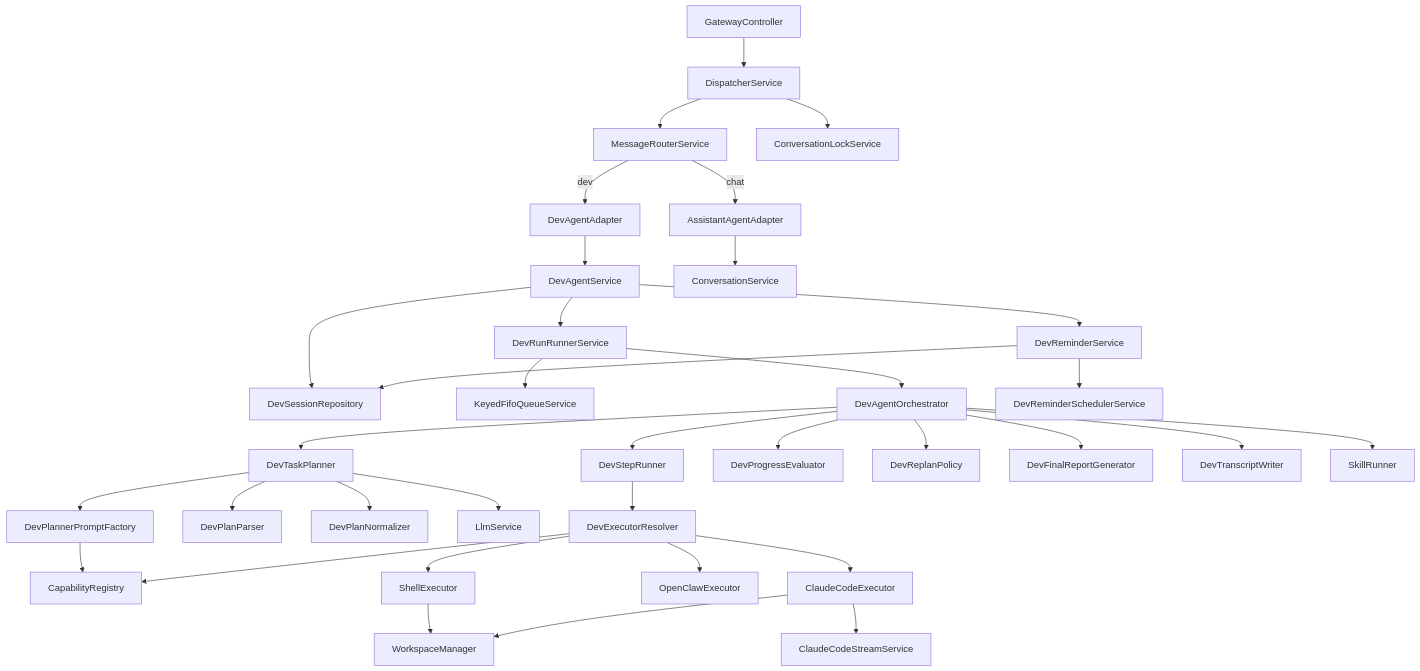
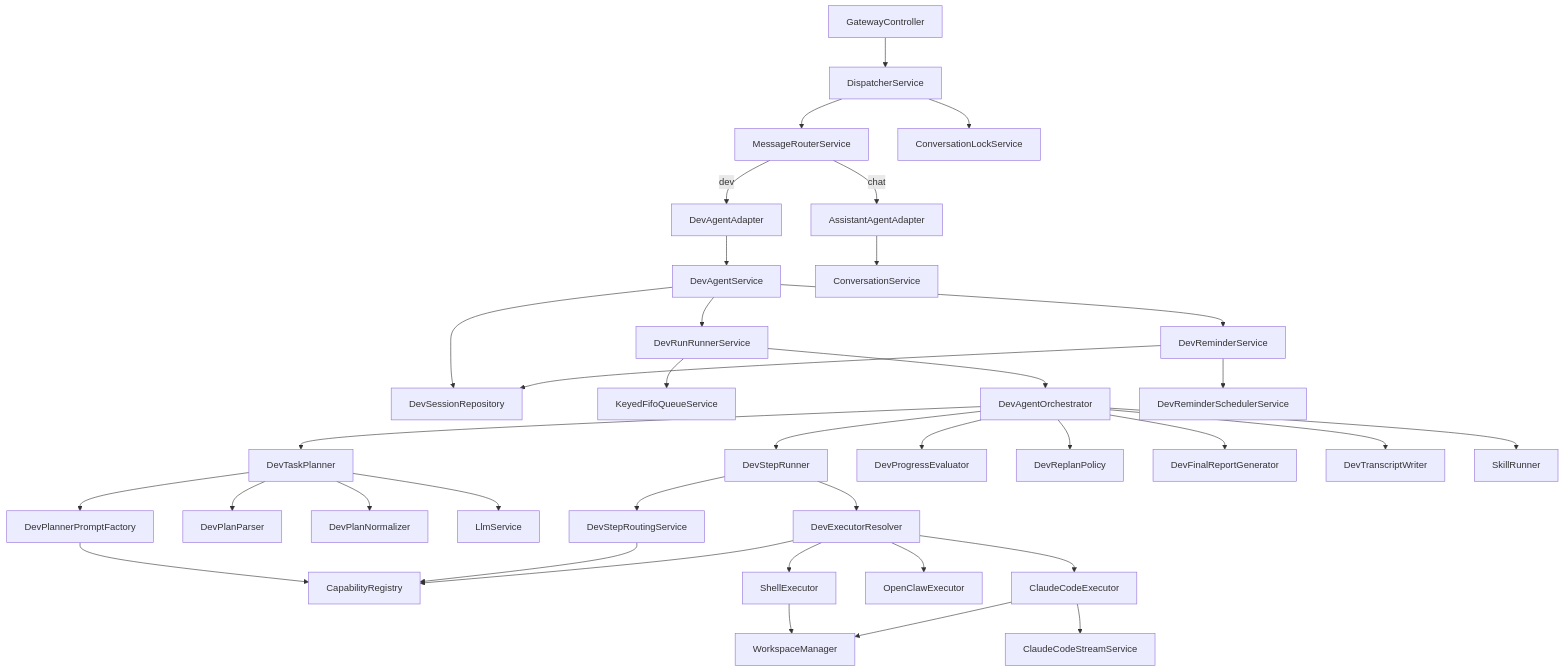
The first of 3 diagrams in docs/dev-agent-architecture.md (xuhailin/xiaoqing), drawn with Mermaid before and after one commit. The commit also changed other lines of this file and 22 other files, not shown here.

````diff
--- a/docs/dev-agent-architecture.md
+++ b/docs/dev-agent-architecture.md
@@ -34,45 +34,47 @@
 ```mermaid
 flowchart TD
   A[GatewayController] --> B[DispatcherService]
   B --> C[MessageRouterService]
   B --> D[ConversationLockService]
 
   C -->|dev| E[DevAgentAdapter]
   C -->|chat| F[AssistantAgentAdapter]
 
   E --> G[DevAgentService]
   F --> H[ConversationService]
 
   G --> I[DevSessionRepository]
   G --> J[DevRunRunnerService]
   G --> K[DevReminderService]
 
   J --> L[KeyedFifoQueueService]
   J --> M[DevAgentOrchestrator]
 
   M --> N[DevTaskPlanner]
   M --> O[DevStepRunner]
   M --> P[DevProgressEvaluator]
   M --> Q[DevReplanPolicy]
   M --> R[DevFinalReportGenerator]
   M --> S[DevTranscriptWriter]
   M --> T[SkillRunner]
 
   N --> N1[DevPlannerPromptFactory]
   N --> N2[DevPlanParser]
   N --> N3[DevPlanNormalizer]
   N --> U[LlmService]
   N1 --> V[CapabilityRegistry]
 
+  O --> O0[DevStepRoutingService]
   O --> O1[DevExecutorResolver]
+  O0 --> V
   O1 --> V
   O1 --> W[ShellExecutor]
   O1 --> X[OpenClawExecutor]
   O1 --> Y[ClaudeCodeExecutor]
   Y --> Y1[ClaudeCodeStreamService]
   W --> Z[WorkspaceManager]
   Y --> Z
 
   K --> K1[DevReminderSchedulerService]
   K --> I
 ```
````
